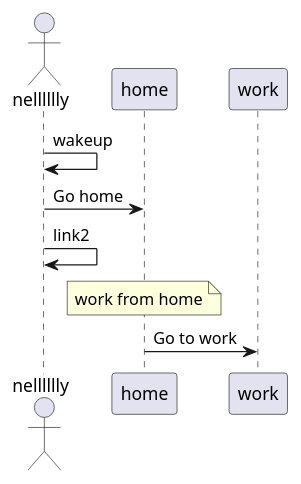
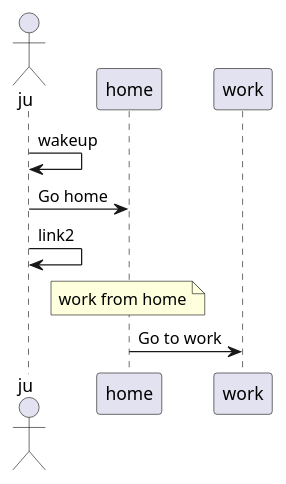
One commit to jdarrort/karchnoe changed the diagram in test.puml. Above: the diagram before and after it, drawn with PlantUML. The commit also changed 9 other files, not shown here.

```diff
--- a/test.puml
+++ b/test.puml
@@ -1,13 +1,13 @@
 @startuml
-actor "nelllllly" as ju
+actor "ju" as ju
 participant home
 participant work
 ju -> ju [[http://localhost/api/getsdfromfile?file=test2.puml]]: wakeup
 ju -> home : Go home
 
 ju -> ju [[#tohere My Link]]: link2
 note over home : work from home
 
 home -> work : Go to work
 
 @enduml
```
